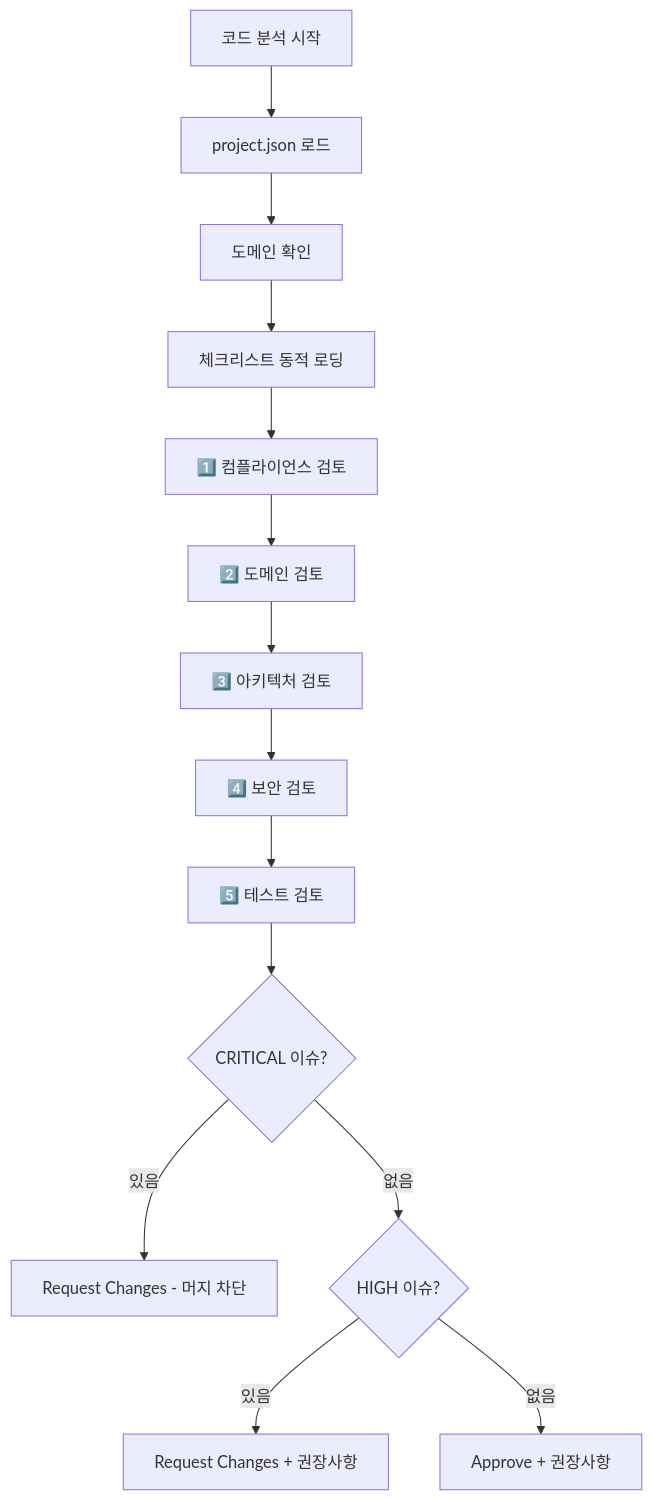
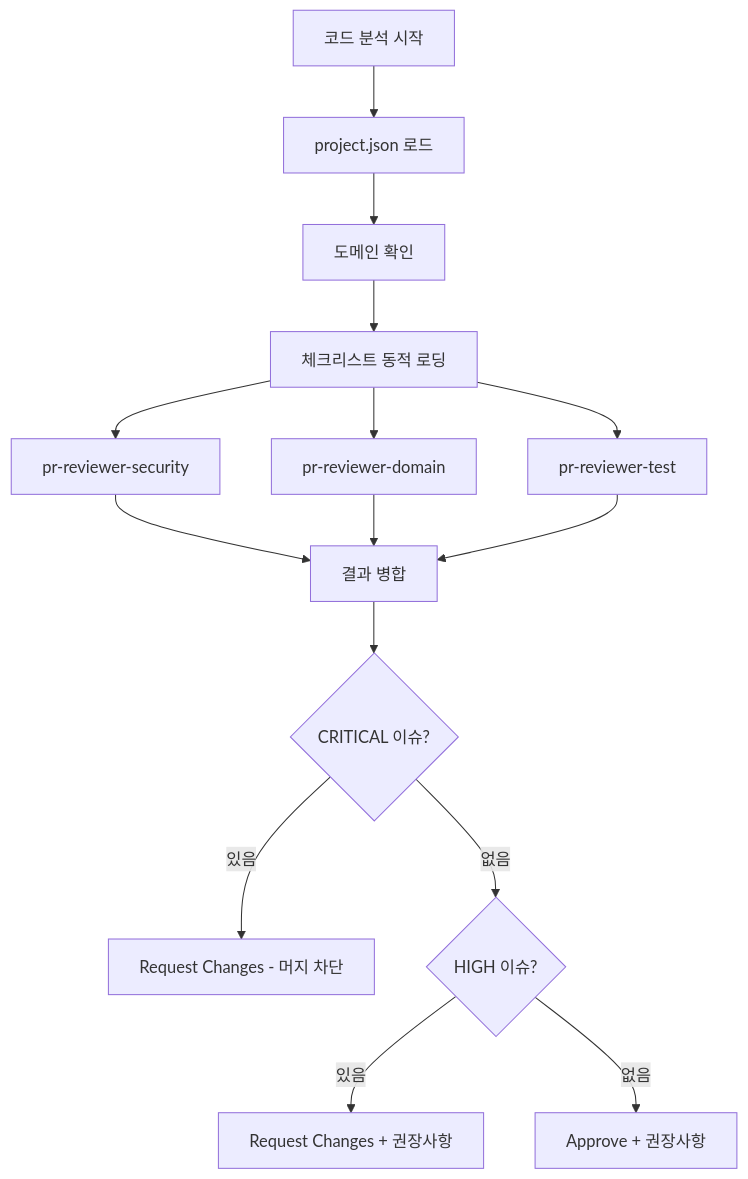
Before and after one commit to wejsa/ai-crew-kit: the diagram in .claude/agents/agent-code-reviewer.md, drawn with Mermaid. The commit also changed other lines of this file and 7 other files, not shown here.

````diff
--- a/.claude/agents/agent-code-reviewer.md
+++ b/.claude/agents/agent-code-reviewer.md
@@ -207,16 +207,17 @@
 ```mermaid
 graph TD
     A[코드 분석 시작] --> B[project.json 로드]
     B --> C[도메인 확인]
     C --> D[체크리스트 동적 로딩]
-    D --> E[1️⃣ 컴플라이언스 검토]
-    E --> F[2️⃣ 도메인 검토]
-    F --> G[3️⃣ 아키텍처 검토]
-    G --> H[4️⃣ 보안 검토]
-    H --> I[5️⃣ 테스트 검토]
-    I --> J{CRITICAL 이슈?}
+    D --> E[pr-reviewer-security]
+    D --> F[pr-reviewer-domain]
+    D --> G[pr-reviewer-test]
+    E --> H[결과 병합]
+    F --> H
+    G --> H
+    H --> J{CRITICAL 이슈?}
     J -->|있음| K[Request Changes - 머지 차단]
     J -->|없음| L{HIGH 이슈?}
     L -->|있음| M[Request Changes + 권장사항]
     L -->|없음| N[Approve + 권장사항]
 ```
````
